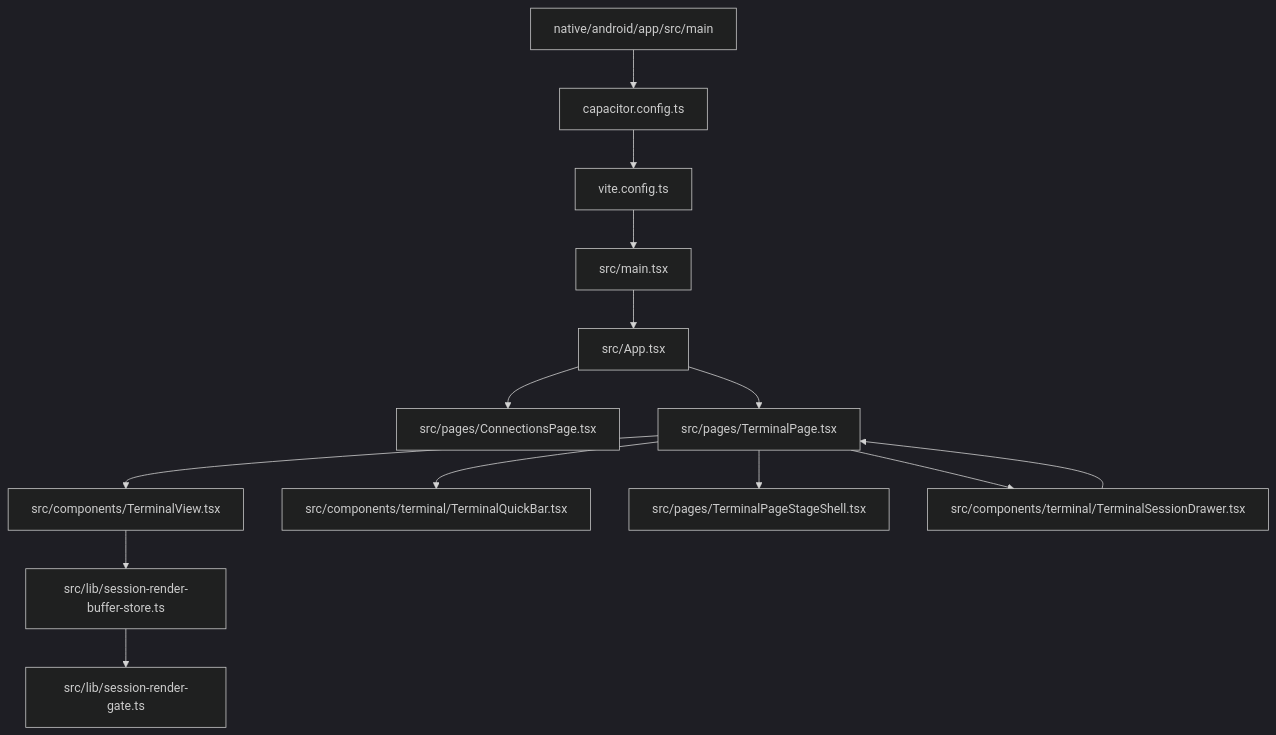
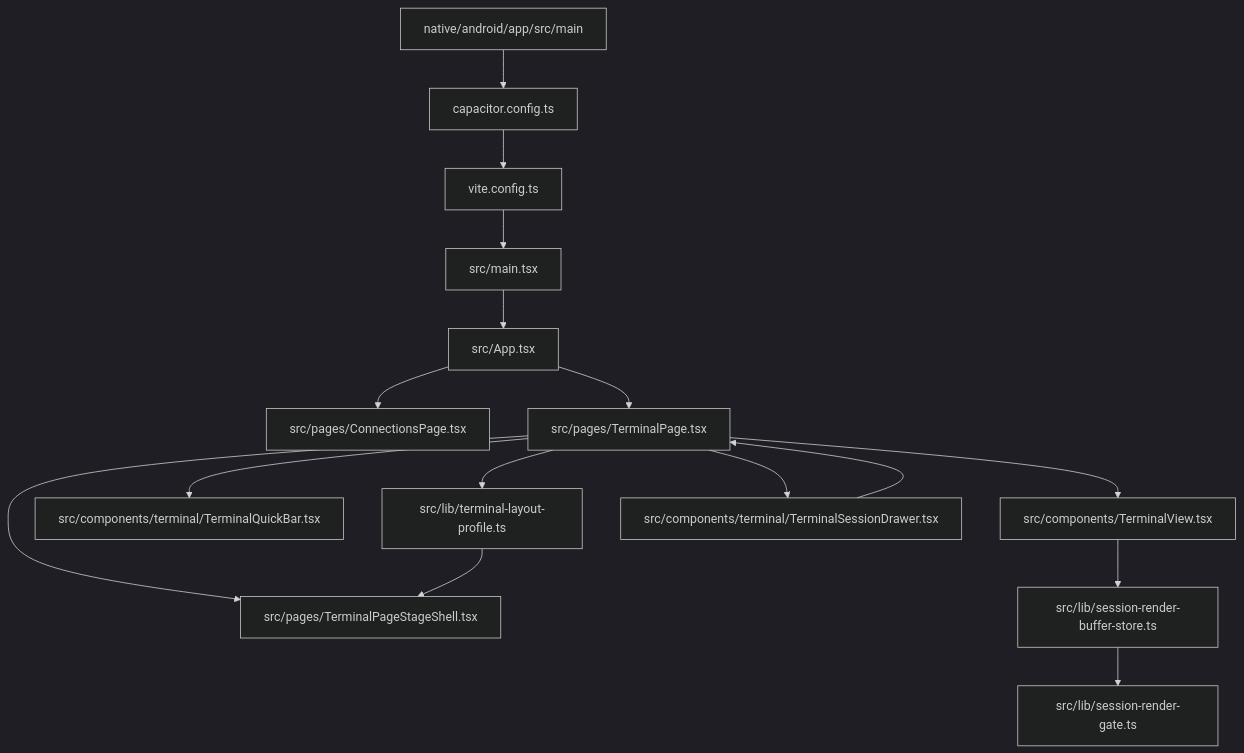
One commit to Jasonzhangf/zterm changed the first of 3 diagrams in android/docs/wiki/mainline-source.md. Above: the diagram before and after it, drawn with Mermaid (dark theme). The commit also changed other lines of this file and 8 other files, not shown here.

Commit message:
docs(terminal): map session group layout

````diff
--- a/android/docs/wiki/mainline-source.md
+++ b/android/docs/wiki/mainline-source.md
@@ -7,16 +7,18 @@
 ```mermaid
 flowchart TD
   Native["native/android/app/src/main"] --> Capacitor["capacitor.config.ts"]
   Capacitor --> Vite["vite.config.ts"]
   Vite --> Main["src/main.tsx"]
   Main --> App["src/App.tsx"]
   App --> Connections["src/pages/ConnectionsPage.tsx"]
   App --> TerminalPage["src/pages/TerminalPage.tsx"]
   TerminalPage --> TerminalView["src/components/TerminalView.tsx"]
   TerminalPage --> QuickBar["src/components/terminal/TerminalQuickBar.tsx"]
   TerminalPage --> StageShell["src/pages/TerminalPageStageShell.tsx"]
+  TerminalPage --> LayoutProfile["src/lib/terminal-layout-profile.ts"]
+  LayoutProfile --> StageShell
   TerminalPage --> SessionDrawer["src/components/terminal/TerminalSessionDrawer.tsx"]
   SessionDrawer --> TerminalPage
   TerminalView --> Renderer["src/lib/session-render-buffer-store.ts"]
   Renderer --> RenderGate["src/lib/session-render-gate.ts"]
 ```
````
